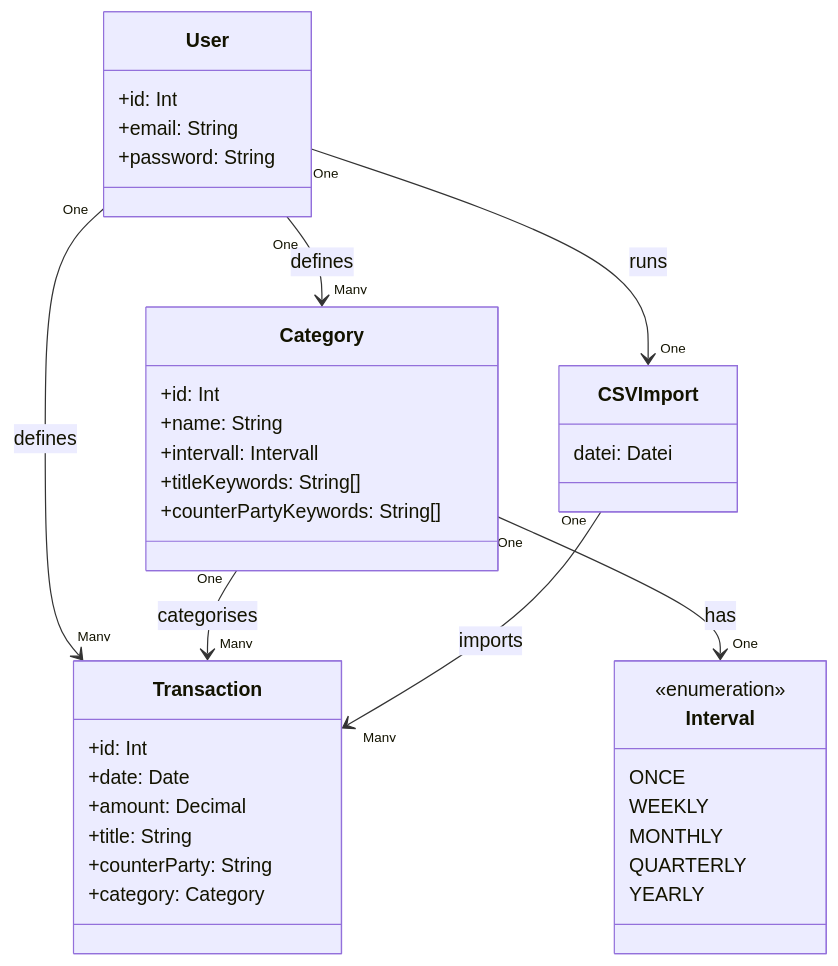
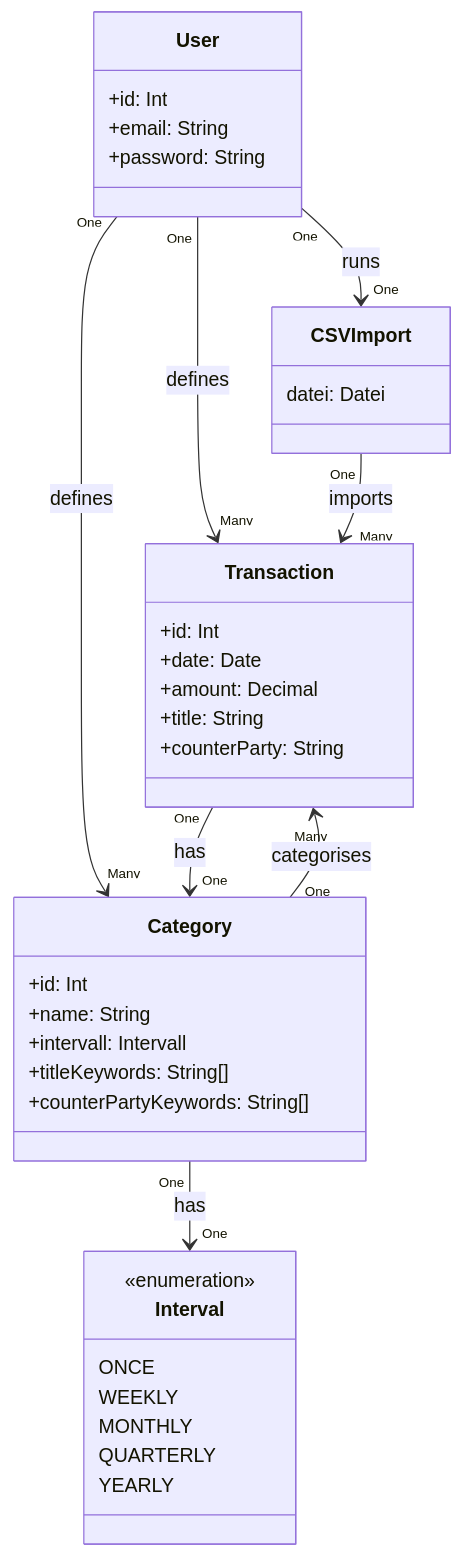
Before and after one commit to MoritzLue24/Broke-Manager: the diagram in Docs/backend-spec.md, drawn with Mermaid.

Commit message:
Remove category from Transaction and update relationships
Removed the category property from the Transaction class and updated relationships in the diagram.

````diff
--- a/Docs/backend-spec.md
+++ b/Docs/backend-spec.md
@@ -23,47 +23,47 @@
 ```mermaid
 classDiagram
     class User {
         +id: Int
         +email: String
         +password: String
     }
 
     class Transaction {
         +id: Int
         +date: Date
         +amount: Decimal
         +title: String
         +counterParty: String
-        +category: Category
     }
 
     class Category {
         +id: Int 
         +name: String
         +intervall: Intervall
         +titleKeywords: String[]
         +counterPartyKeywords: String[]
     }
 
     class Interval {
         <<enumeration>>
         ONCE
         WEEKLY
         MONTHLY
         QUARTERLY
         YEARLY
     }
 
     class CSVImport {
         datei: Datei
     }
 
     
 
     User "One" --> "Many" Transaction : defines
     User "One" --> "Many" Category : defines
     Category "One" --> "One" Interval : has
     Category "One" --> "Many" Transaction : categorises
+    Transaction "One" --> "One" Category : has
     User "One" --> "One" CSVImport : runs
     CSVImport "One" --> "Many" Transaction : imports
 ```
````
